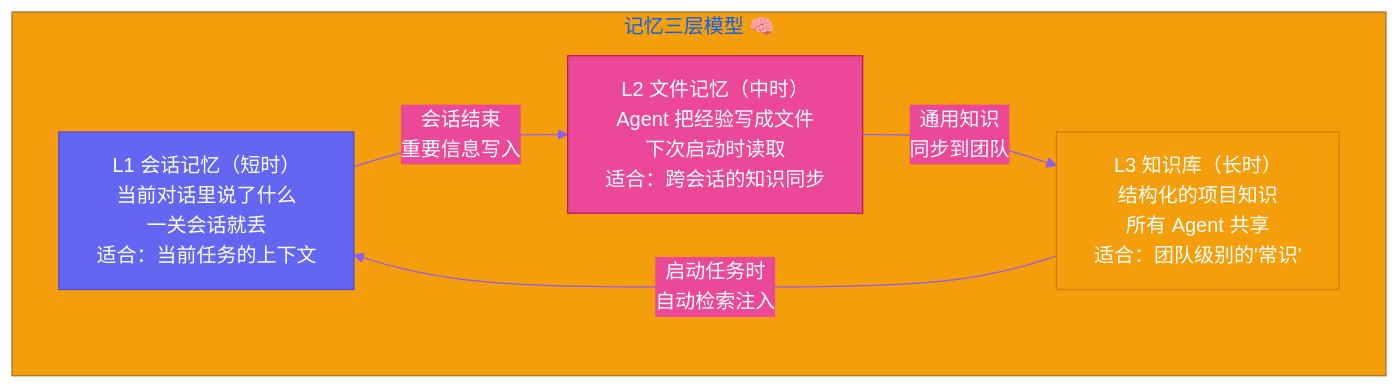
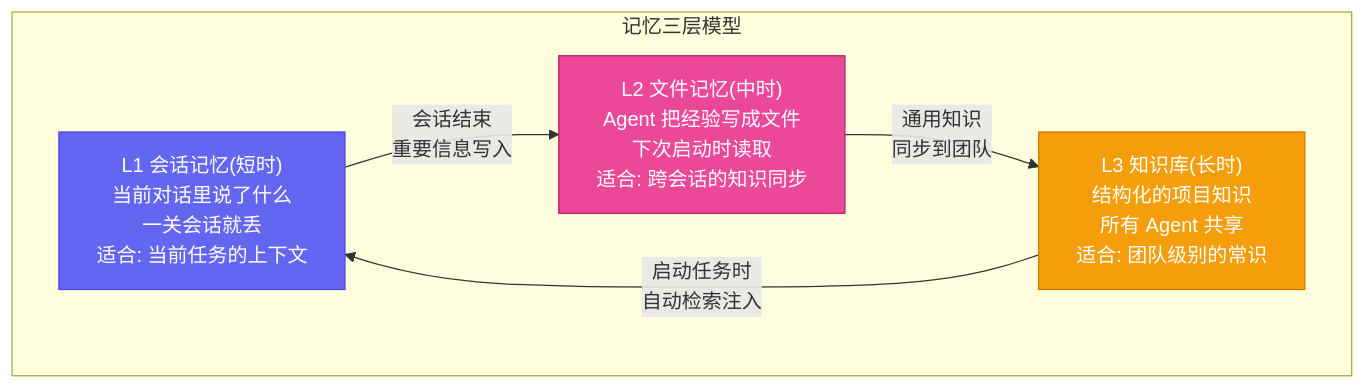
One commit to VokoForge/ai-prism changed the diagram in posts/yason-and-roberts/zh/ch12.md. Above: the diagram before and after it, drawn with Mermaid. The commit also changed 31 other files, not shown here.

First line of the commit message:
✨ Rewrite all articles: hook titles, Mermaid diagrams, engaging style

````diff
--- a/posts/yason-and-roberts/zh/ch12.md
+++ b/posts/yason-and-roberts/zh/ch12.md
@@ -28,17 +28,16 @@
 ```mermaid
-%%{init: {'theme': 'base', 'themeVariables': {'primaryColor': '#6366f1','primaryTextColor': '#fff','primaryBorderColor': '#4f46e5','lineColor': '#8b5cf6','secondaryColor': '#ec4899','tertiaryColor': '#f59e0b'}}}%%
 graph TB
-    subgraph "记忆三层模型 🧠"
-        L1["L1 会话记忆（短时）<br>当前对话里说了什么<br>一关会话就丢<br>适合：当前任务的上下文"]
-        L2["L2 文件记忆（中时）<br>Agent 把经验写成文件<br>下次启动时读取<br>适合：跨会话的知识同步"]
-        L3["L3 知识库（长时）<br>结构化的项目知识<br>所有 Agent 共享<br>适合：团队级别的'常识'"]
+    subgraph "记忆三层模型"
+        L1["L1 会话记忆(短时)<br>当前对话里说了什么<br>一关会话就丢<br>适合: 当前任务的上下文"]
+        L2["L2 文件记忆(中时)<br>Agent 把经验写成文件<br>下次启动时读取<br>适合: 跨会话的知识同步"]
+        L3["L3 知识库(长时)<br>结构化的项目知识<br>所有 Agent 共享<br>适合: 团队级别的常识"]
     end
 
     L1 -->|"会话结束<br>重要信息写入"| L2
     L2 -->|"通用知识<br>同步到团队"| L3
     L3 -->|"启动任务时<br>自动检索注入"| L1
 
     style L1 fill:#6366f1,stroke:#4f46e5,color:#fff
     style L2 fill:#ec4899,stroke:#be185d,color:#fff
     style L3 fill:#f59e0b,stroke:#d97706,color:#fff
 ```
````
